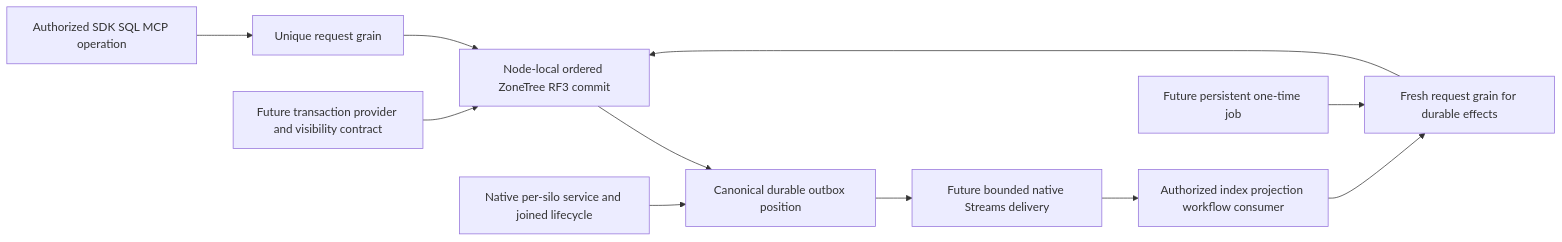
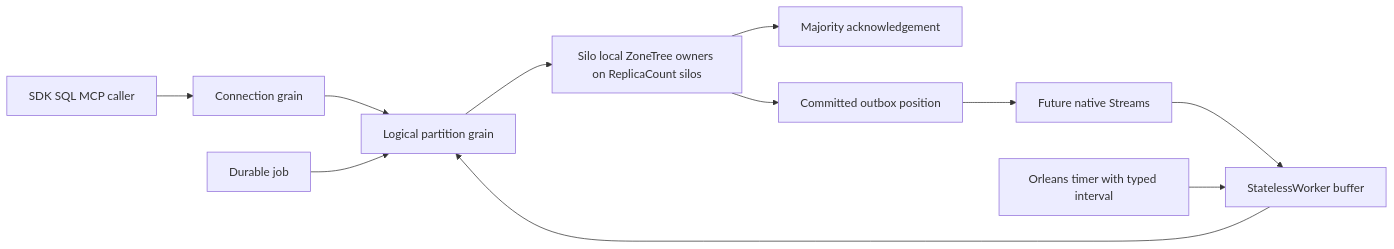
Before and after one commit to managedcode/KeyLoad: the diagram in docs/Features/ClusterRouting/CapabilityReview.md, drawn with Mermaid. The commit also changed other lines of this file and 7356 other files, not shown here.

First line of the commit message:
Replace custom consensus with native Orleans storage services

````diff
--- a/docs/Features/ClusterRouting/CapabilityReview.md
+++ b/docs/Features/ClusterRouting/CapabilityReview.md
@@ -102,13 +91,13 @@
 ```mermaid
 flowchart LR
-    Caller[Authorized SDK SQL MCP operation] --> Request[Unique request grain]
-    Request --> Commit[Node-local ordered ZoneTree RF3 commit]
-    Commit --> Outbox[Canonical durable outbox position]
-    Outbox --> Bus[Future bounded native Streams delivery]
-    Bus --> Consumer[Authorized index projection workflow consumer]
-    Consumer --> Fresh[Fresh request grain for durable effects]
-    Fresh --> Commit
-    Jobs[Future persistent one-time job] --> Fresh
-    Local[Native per-silo service and joined lifecycle] --> Outbox
-    Tx[Future transaction provider and visibility contract] --> Commit
+    Caller[SDK SQL MCP caller] --> Conn[Connection grain]
+    Conn --> Part[Logical partition grain]
+    Part --> Owner[Silo local ZoneTree owners on ReplicaCount silos]
+    Owner --> Ack[Majority acknowledgement]
+    Owner --> Outbox[Committed outbox position]
+    Outbox --> Bus[Future native Streams]
+    Bus --> Worker[StatelessWorker buffer]
+    Timer[Orleans timer with typed interval] --> Worker
+    Worker --> Part
+    Jobs[Durable job] --> Part
 ```
````
